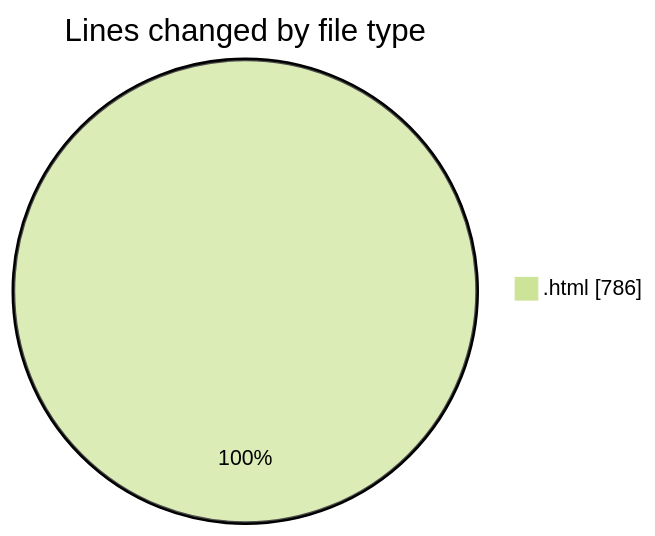
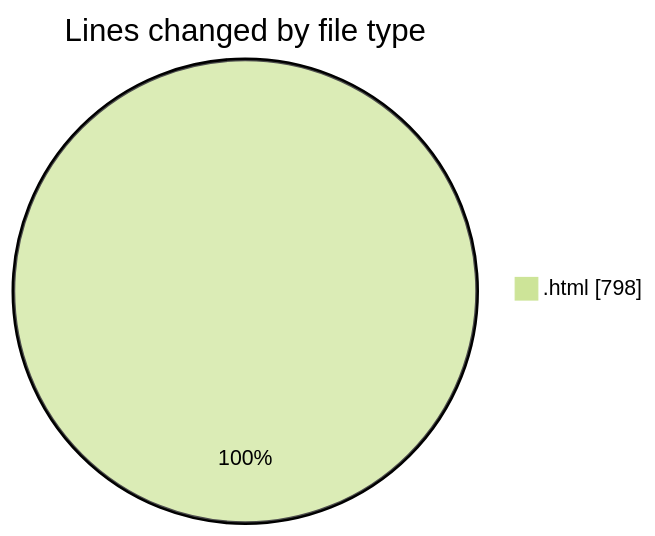
Before and after one commit to vahidmafi/code-tracking: the first of 2 diagrams in 2025-06-07/www/README.md, drawn with Mermaid (forest theme). The commit also changed other lines of this file and 1 other file, not shown here.

````diff
--- a/2025-06-07/www/README.md
+++ b/2025-06-07/www/README.md
@@ -21,5 +21,5 @@
 ```mermaid
 pie showData
 title Lines changed by file type
-".html" : 786
+".html" : 798
 ```
````
